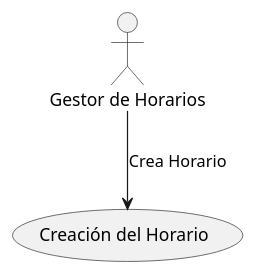
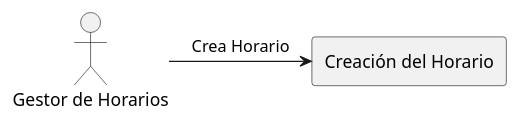
Before and after one commit to mmasias/23-24-IdSw1-SDR: the diagram in Casos de Uso/Creacion del horario.puml, drawn with PlantUML. The commit also changed 41 other files, not shown here.

```diff
--- a/Casos de Uso/Creacion del horario.puml
+++ b/Casos de Uso/Creacion del horario.puml
@@ -1,5 +1,6 @@
 @startuml
-actor "Gestor de Horarios" as A
-usecase "Creación del Horario" as UC3
-A --> UC3 : Crea Horario
+actor "Gestor de Horarios" as User
+rectangle "Creación del Horario" as CreacionDelHorario
+
+User -> CreacionDelHorario : Crea Horario
 @enduml
```
